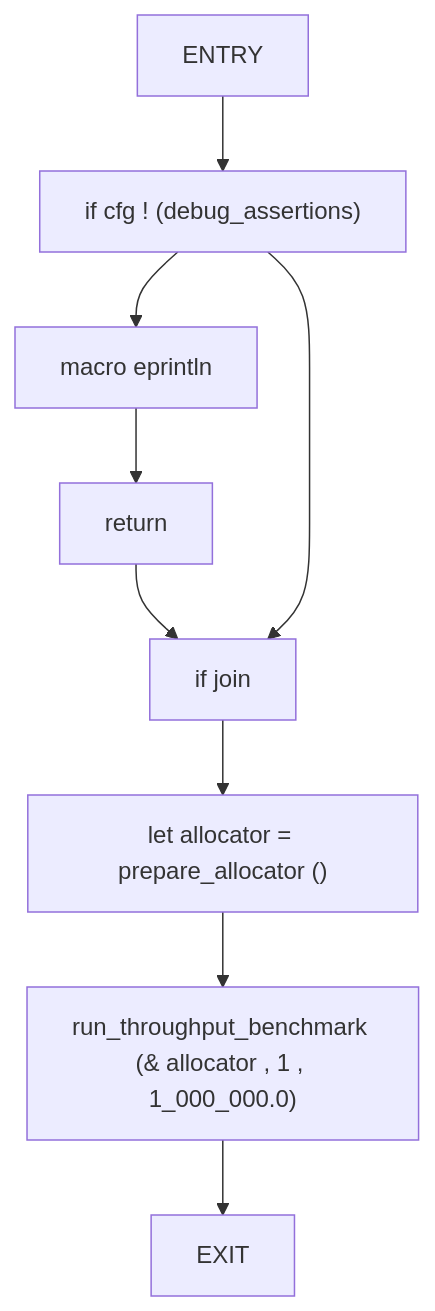
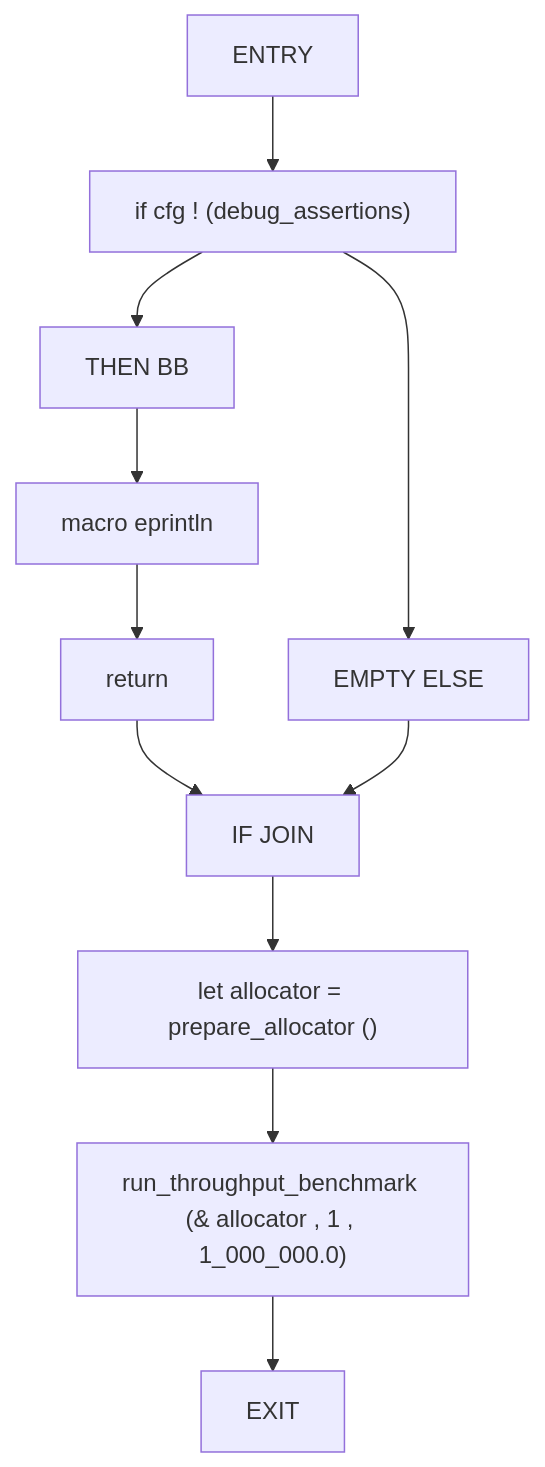
One commit to cicero-violate/MMSB changed diagram 31 of 52 in docs/analysis/cfg/100-tests.md. Above: the diagram before and after it, drawn with Mermaid. The commit also changed other lines of this file and 865 other files, not shown here.

````diff
--- a/docs/analysis/cfg/100-tests.md
+++ b/docs/analysis/cfg/100-tests.md
@@ -931,19 +769,23 @@
 ```mermaid
 flowchart TD
     single_thread_1m_deltas_per_sec_0["ENTRY"]
     single_thread_1m_deltas_per_sec_1["if cfg ! (debug_assertions)"]
-    single_thread_1m_deltas_per_sec_2["macro eprintln"]
-    single_thread_1m_deltas_per_sec_3["return"]
-    single_thread_1m_deltas_per_sec_4["if join"]
-    single_thread_1m_deltas_per_sec_5["let allocator = prepare_allocator ()"]
-    single_thread_1m_deltas_per_sec_6["run_throughput_benchmark (& allocator , 1 , 1_000_000.0)"]
-    single_thread_1m_deltas_per_sec_7["EXIT"]
+    single_thread_1m_deltas_per_sec_2["THEN BB"]
+    single_thread_1m_deltas_per_sec_3["macro eprintln"]
+    single_thread_1m_deltas_per_sec_4["return"]
+    single_thread_1m_deltas_per_sec_5["EMPTY ELSE"]
+    single_thread_1m_deltas_per_sec_6["IF JOIN"]
+    single_thread_1m_deltas_per_sec_7["let allocator = prepare_allocator ()"]
+    single_thread_1m_deltas_per_sec_8["run_throughput_benchmark (& allocator , 1 , 1_000_000.0)"]
+    single_thread_1m_deltas_per_sec_9["EXIT"]
     single_thread_1m_deltas_per_sec_0 --> single_thread_1m_deltas_per_sec_1
     single_thread_1m_deltas_per_sec_1 --> single_thread_1m_deltas_per_sec_2
     single_thread_1m_deltas_per_sec_2 --> single_thread_1m_deltas_per_sec_3
     single_thread_1m_deltas_per_sec_3 --> single_thread_1m_deltas_per_sec_4
-    single_thread_1m_deltas_per_sec_1 --> single_thread_1m_deltas_per_sec_4
-    single_thread_1m_deltas_per_sec_4 --> single_thread_1m_deltas_per_sec_5
+    single_thread_1m_deltas_per_sec_1 --> single_thread_1m_deltas_per_sec_5
+    single_thread_1m_deltas_per_sec_4 --> single_thread_1m_deltas_per_sec_6
     single_thread_1m_deltas_per_sec_5 --> single_thread_1m_deltas_per_sec_6
     single_thread_1m_deltas_per_sec_6 --> single_thread_1m_deltas_per_sec_7
+    single_thread_1m_deltas_per_sec_7 --> single_thread_1m_deltas_per_sec_8
+    single_thread_1m_deltas_per_sec_8 --> single_thread_1m_deltas_per_sec_9
 ```
````
